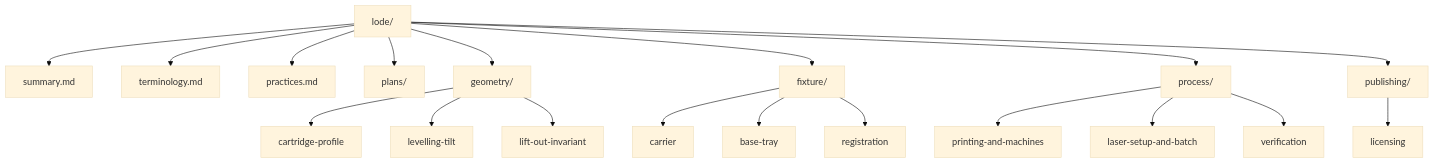
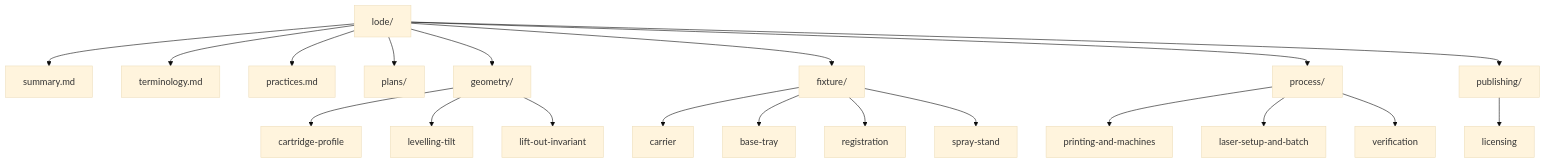
One commit to jfryman/30-06-bullet-jig changed the diagram in lode/lode-map.md. Above: the diagram before and after it, drawn with Mermaid (base theme). The commit also changed other lines of this file and 8 other files, not shown here.

First line of the commit message:
Add nose-down clear-coat spray stand

````diff
--- a/lode/lode-map.md
+++ b/lode/lode-map.md
@@ -5,21 +5,22 @@
 ```mermaid
 flowchart TB
     ROOT["lode/"] --> S["summary.md"]
     ROOT --> T["terminology.md"]
     ROOT --> P["practices.md"]
     ROOT --> PL["plans/"]
     ROOT --> G["geometry/"]
     ROOT --> F["fixture/"]
     ROOT --> PR["process/"]
     ROOT --> PB["publishing/"]
     G --> G1["cartridge-profile"]
     G --> G2["levelling-tilt"]
     G --> G3["lift-out-invariant"]
     F --> F1["carrier"]
     F --> F2["base-tray"]
     F --> F3["registration"]
+    F --> F4["spray-stand"]
     PR --> PR1["printing-and-machines"]
     PR --> PR2["laser-setup-and-batch"]
     PR --> PR3["verification"]
     PB --> PB1["licensing"]
 ```
````
